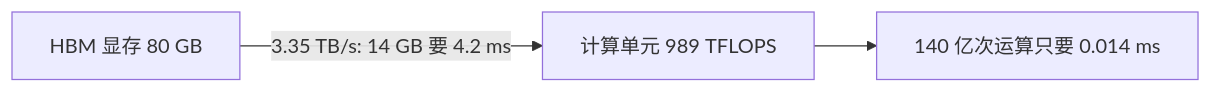
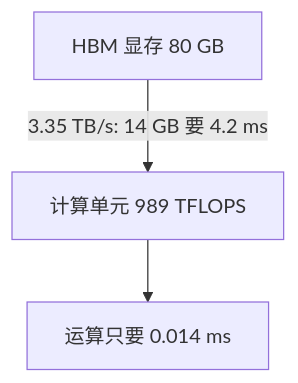
Before and after one commit to ChiChasesCheese/trellis: the diagram in vault/domains/llm-inference/cards/basics/li-basics-hardware-memory-flops-vs-bandwidth.md, drawn with Mermaid. The commit also changed 27 other files, not shown here.

First line of the commit message:
Cerebras HM prep: phone-sized diagrams and two corrected facts in the 100 cards for the hiring-manager round

````diff
--- a/vault/domains/llm-inference/cards/basics/li-basics-hardware-memory-flops-vs-bandwidth.md
+++ b/vault/domains/llm-inference/cards/basics/li-basics-hardware-memory-flops-vs-bandwidth.md
@@ -22,5 +22,5 @@
 ```mermaid
-flowchart LR
+flowchart TD
     H["HBM 显存 80 GB"] -- "3.35 TB/s: 14 GB 要 4.2 ms" --> C["计算单元 989 TFLOPS"]
-    C --> T["140 亿次运算只要 0.014 ms"]
+    C --> T["运算只要 0.014 ms"]
 ```
````
